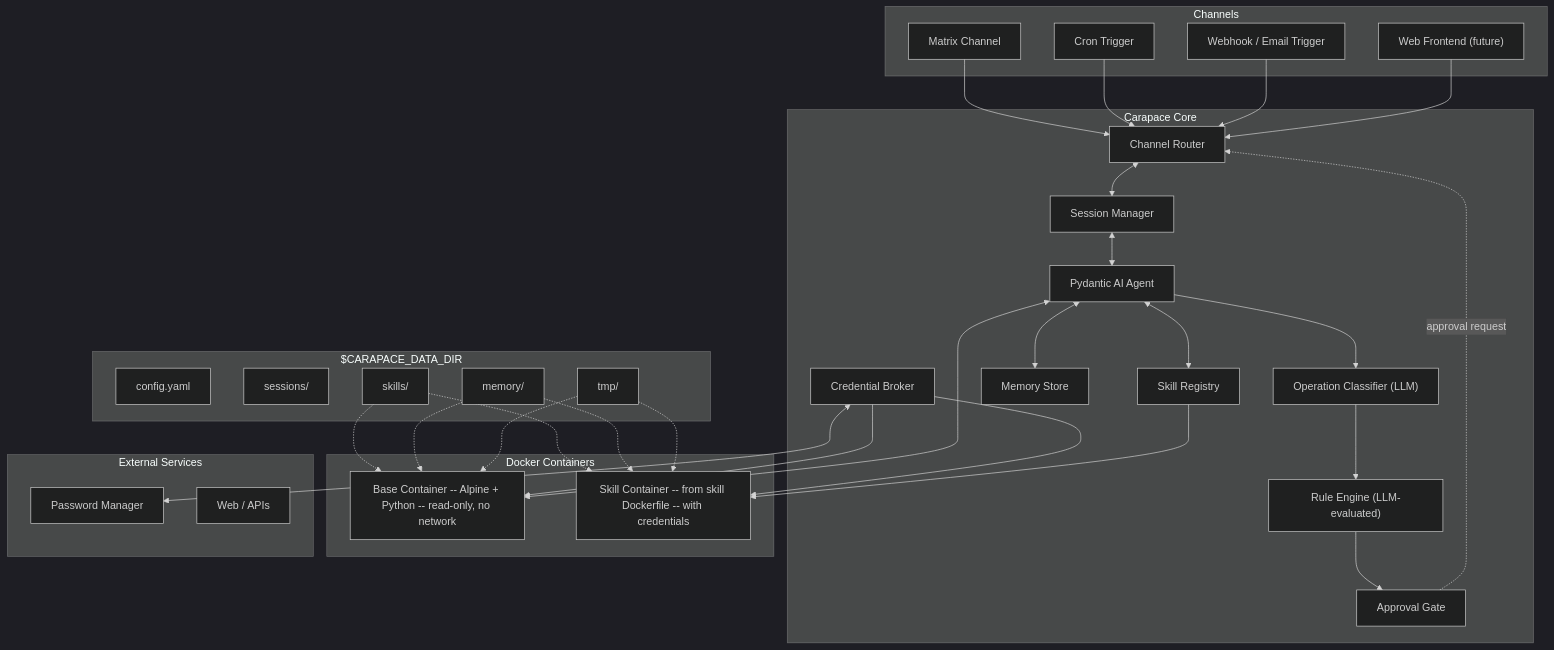
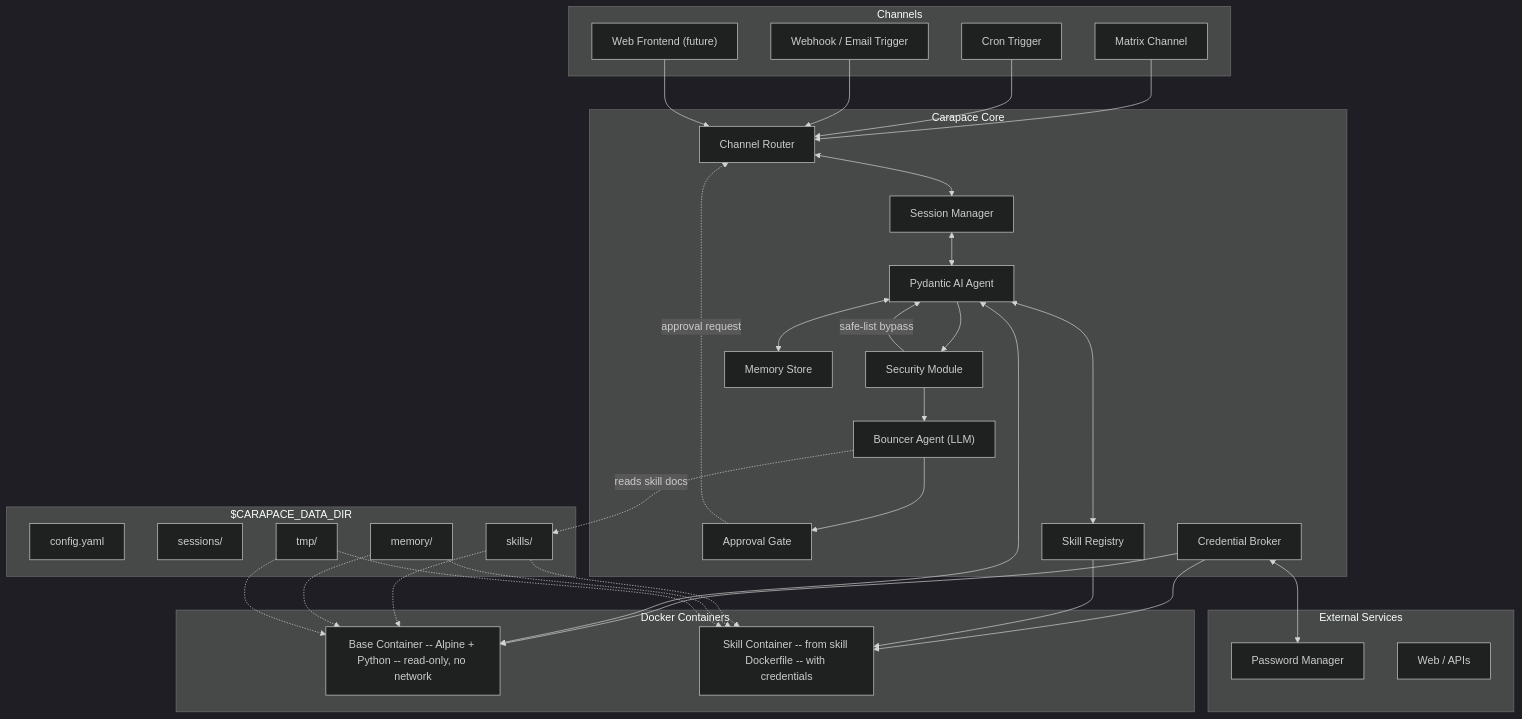
Before and after one commit to thiesgerken/carapace: the first of 2 diagrams in docs/architecture.md, drawn with Mermaid (dark theme). The commit also changed other lines of this file and 40 other files, not shown here.

First line of the commit message:
✨ Tool/Proxy Approval via Shadow-Agent  (#39)

````diff
--- a/docs/architecture.md
+++ b/docs/architecture.md
@@ -7,61 +7,63 @@
 ```mermaid
 flowchart TB
     subgraph channels [Channels]
         MatrixCh[Matrix Channel]
         CronCh[Cron Trigger]
         WebhookCh[Webhook / Email Trigger]
         WebUI["Web Frontend (future)"]
     end
 
     subgraph carapace [Carapace Core]
         ChannelRouter[Channel Router]
         SessionMgr[Session Manager]
-        RuleEngine["Rule Engine (LLM-evaluated)"]
+        SecurityMod["Security Module"]
+        Bouncer["Bouncer Agent (LLM)"]
         ApprovalGate[Approval Gate]
         Agent[Pydantic AI Agent]
         SkillRegistry[Skill Registry]
         CredentialBroker[Credential Broker]
         MemoryStore[Memory Store]
-        Classifier["Operation Classifier (LLM)"]
     end
 
     subgraph docker [Docker Containers]
         BaseContainer["Base Container -- Alpine + Python -- read-only, no network"]
         SkillContainer["Skill Container -- from skill Dockerfile -- with credentials"]
     end
 
     subgraph external [External Services]
         Vault[Password Manager]
         Web[Web / APIs]
     end
 
     subgraph datadir ["$CARAPACE_DATA_DIR"]
         Config[config.yaml]
         Sessions[sessions/]
         Skills[skills/]
         Memory[memory/]
         Tmp[tmp/]
     end
 
     MatrixCh & CronCh & WebhookCh & WebUI --> ChannelRouter
     ChannelRouter <--> SessionMgr
     SessionMgr <--> Agent
     Agent <--> SkillRegistry
     Agent <--> MemoryStore
-    Agent --> Classifier
-    Classifier --> RuleEngine
-    RuleEngine --> ApprovalGate
+    Agent --> SecurityMod
+    SecurityMod -->|safe-list bypass| Agent
+    SecurityMod --> Bouncer
+    Bouncer --> ApprovalGate
     ApprovalGate -.->|approval request| ChannelRouter
+    Bouncer -.->|reads skill docs| Skills
     CredentialBroker <--> Vault
     CredentialBroker --> BaseContainer
     CredentialBroker --> SkillContainer
     Agent <--> BaseContainer
     SkillRegistry --> SkillContainer
 
     Skills -.-> BaseContainer
     Skills -.-> SkillContainer
     Memory -.-> BaseContainer
     Memory -.-> SkillContainer
     Tmp -.-> BaseContainer
     Tmp -.-> SkillContainer
 ```
````
